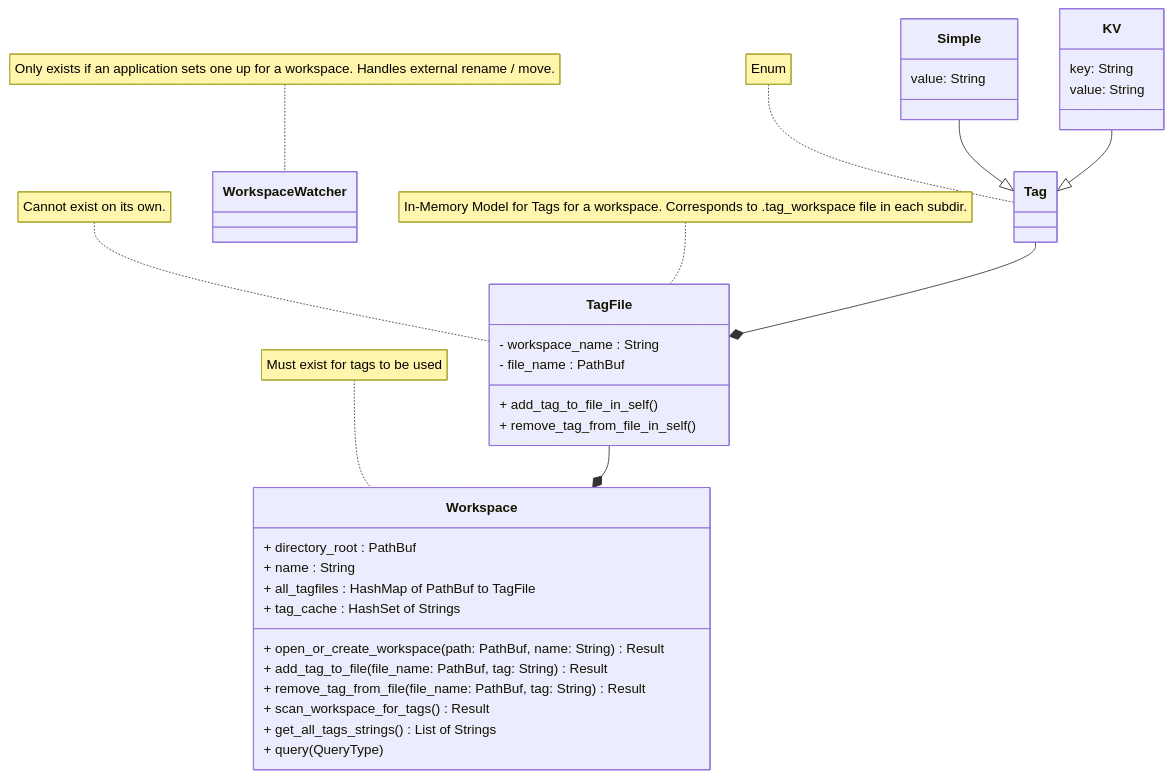
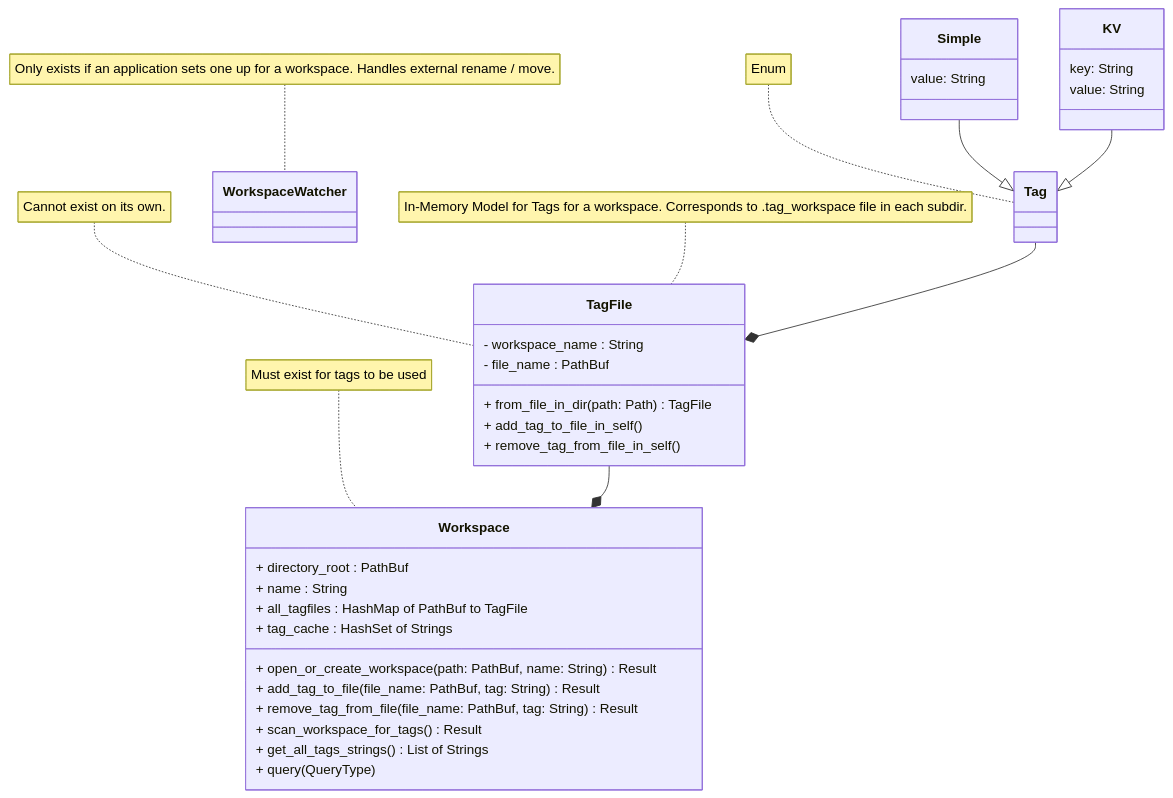
The diagram in doc/library_class_diagram.mmd (Nigel-Karunaratne/file-tagging), drawn with Mermaid before and after one commit. The commit also changed 2 other files, not shown here.

Commit message:
Implement some Workspace functions, alter TagFile struct

```diff
--- a/doc/library_class_diagram.mmd
+++ b/doc/library_class_diagram.mmd
@@ -1,46 +1,50 @@
 %% Mermaid Diagram for the tagcore rust library
 
 classDiagram
 direction TB
     note for Workspace "Must exist for tags to be used"
     class Workspace {
         + directory_root : PathBuf
         + name : String
 	    + all_tagfiles : HashMap of PathBuf to TagFile
 	    + tag_cache : HashSet of Strings
 	    
         + open_or_create_workspace(path: PathBuf, name: String) Result
         + add_tag_to_file(file_name: PathBuf, tag: String) Result
 	    + remove_tag_from_file(file_name: PathBuf, tag: String) Result
         + scan_workspace_for_tags() Result
         + get_all_tags_strings() List of Strings
 	    + query(QueryType)
     }
 
     note for TagFile "Cannot exist on its own."
     note for TagFile "In-Memory Model for Tags for a workspace. Corresponds to .tag_workspace file in each subdir."
     class TagFile {
 	    - workspace_name : String
 	    - file_name : PathBuf
 
+        + from_file_in_dir(path: Path) TagFile
+
 	    + add_tag_to_file_in_self()
 	    + remove_tag_from_file_in_self()
     }
 
     note for Tag "Enum"
-    class Tag {}
+    class Tag {
+
+    }
     class Simple {value: String}
     class KV {
         key: String
         value: String
     }
 
     Simple --|> Tag
     KV --|> Tag
 
     note for WorkspaceWatcher "Only exists if an application sets one up for a workspace. Handles external rename / move."
     class WorkspaceWatcher {
     }
 
     TagFile --* Workspace
     Tag --* TagFile
```
